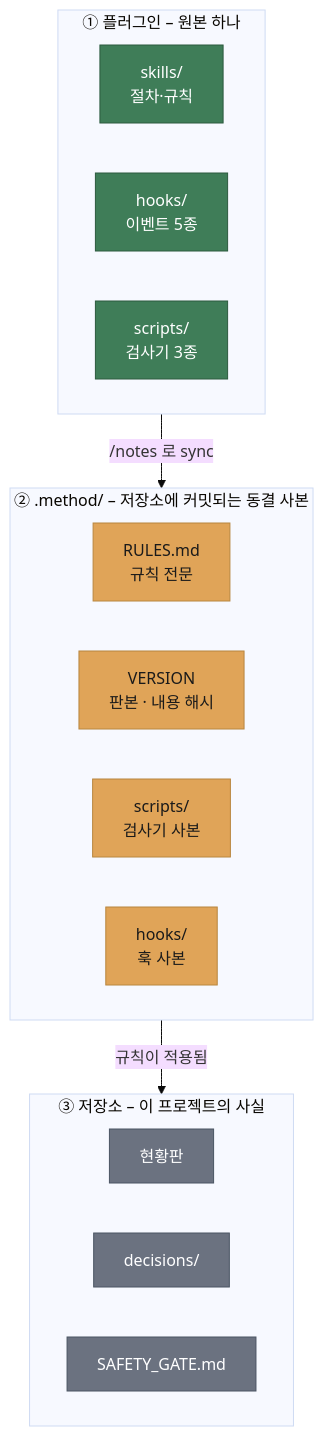
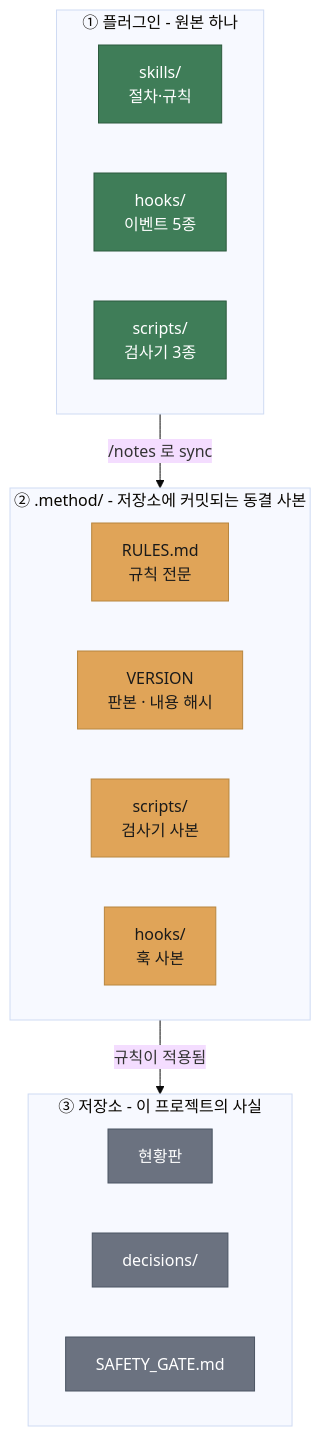
Before and after one commit to mongdang/girok: the first of 2 diagrams in README.md, drawn with Mermaid (base theme). The commit also changed other lines of this file and 75 other files, not shown here.

````diff
--- a/README.md
+++ b/README.md
@@ -61,34 +61,34 @@
 ```mermaid
 flowchart TD
-    subgraph P["① 플러그인 – 원본 하나"]
+    subgraph P["① 플러그인 - 원본 하나"]
         direction LR
         PS["skills/<br/>절차·규칙"]
         PH["hooks/<br/>이벤트 5종"]
         PL["scripts/<br/>검사기 3종"]
     end
 
-    subgraph M["② .method/ – 저장소에 커밋되는 동결 사본"]
+    subgraph M["② .method/ - 저장소에 커밋되는 동결 사본"]
         direction LR
         MR["RULES.md<br/>규칙 전문"]
         MV["VERSION<br/>판본 · 내용 해시"]
         ML["scripts/<br/>검사기 사본"]
         MH["hooks/<br/>훅 사본"]
     end
 
-    subgraph R["③ 저장소 – 이 프로젝트의 사실"]
+    subgraph R["③ 저장소 - 이 프로젝트의 사실"]
         direction LR
         RB["현황판"]
         RD["decisions/"]
         RG["SAFETY_GATE.md"]
     end
 
     P -->|"/notes 로 sync"| M
     M -->|"규칙이 적용됨"| R
 
     classDef plugin fill:#3F7D58,stroke:#2c5a3e,color:#fff
     classDef method fill:#E0A458,stroke:#b8863f,color:#1a1a1a
     classDef repo fill:#6B7280,stroke:#4b5563,color:#fff
     class PS,PH,PL plugin
     class MR,MV,ML,MH method
     class RB,RD,RG repo
 ```
````
